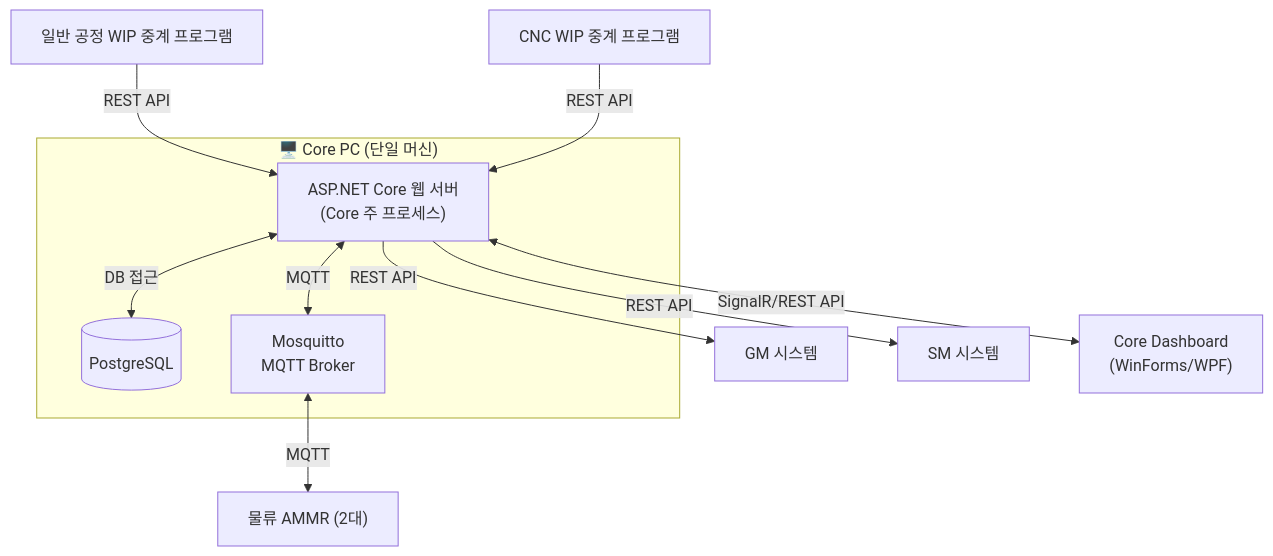
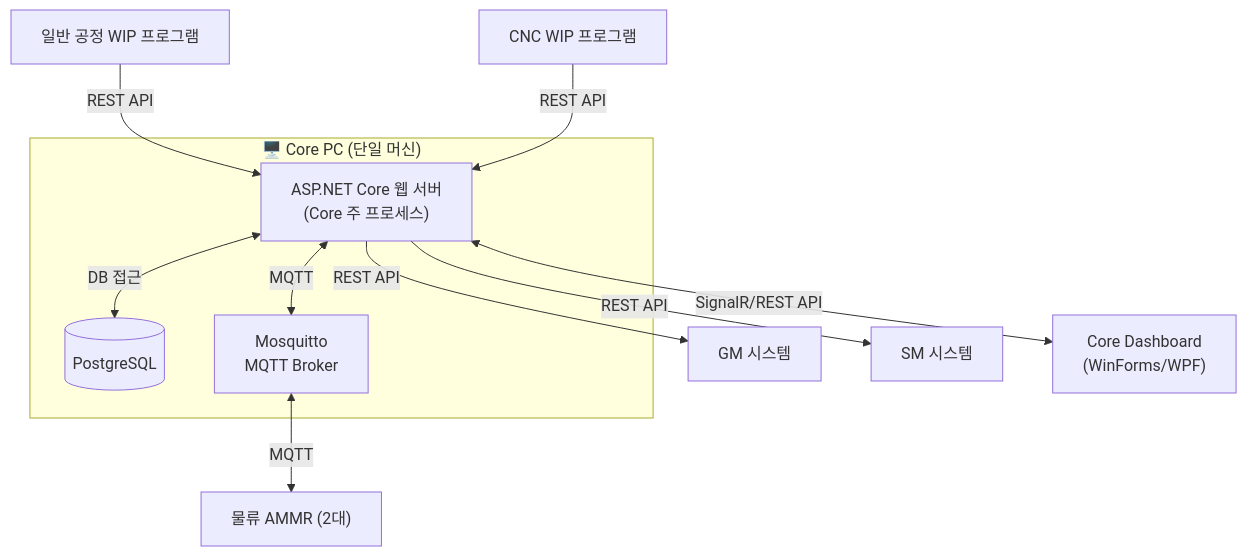
One commit to kimminsu0315/Core-Docs changed the second of 3 diagrams in docs/Core_SAD.md. Above: the diagram before and after it, drawn with Mermaid. The commit also changed other lines of this file and 7 other files, not shown here.

````diff
--- a/docs/Core_SAD.md
+++ b/docs/Core_SAD.md
@@ -225,25 +219,25 @@
 ```mermaid
 flowchart TB
     subgraph CorePC["🖥️ Core PC (단일 머신)"]
         ASPNET["ASP.NET Core 웹 서버<br/>(Core 주 프로세스)"]
         PG[("PostgreSQL")]
         Mosquitto["Mosquitto<br/>MQTT Broker"]
     end
 
     GM["GM 시스템"]
     SM["SM 시스템"]
-    WIPGen["일반 공정 WIP 중계 프로그램"]
-    WIPRestack["CNC WIP 중계 프로그램"]
+    WIPGen["일반 공정 WIP 프로그램"]
+    WIPRestack["CNC WIP 프로그램"]
     AMMR["물류 AMMR (2대)"]
     CoreDashboard["Core Dashboard<br/>(WinForms/WPF)"]
 
     ASPNET <-->|"DB 접근"| PG
     ASPNET <-->|"MQTT"| Mosquitto
     Mosquitto <-->|"MQTT"| AMMR
 
     ASPNET -->|"REST API"| GM
     ASPNET -->|"REST API"| SM
     WIPGen -->|"REST API"| ASPNET
     WIPRestack -->|"REST API"| ASPNET
     ASPNET <-->|"SignalR/REST API"| CoreDashboard
 ```
````
